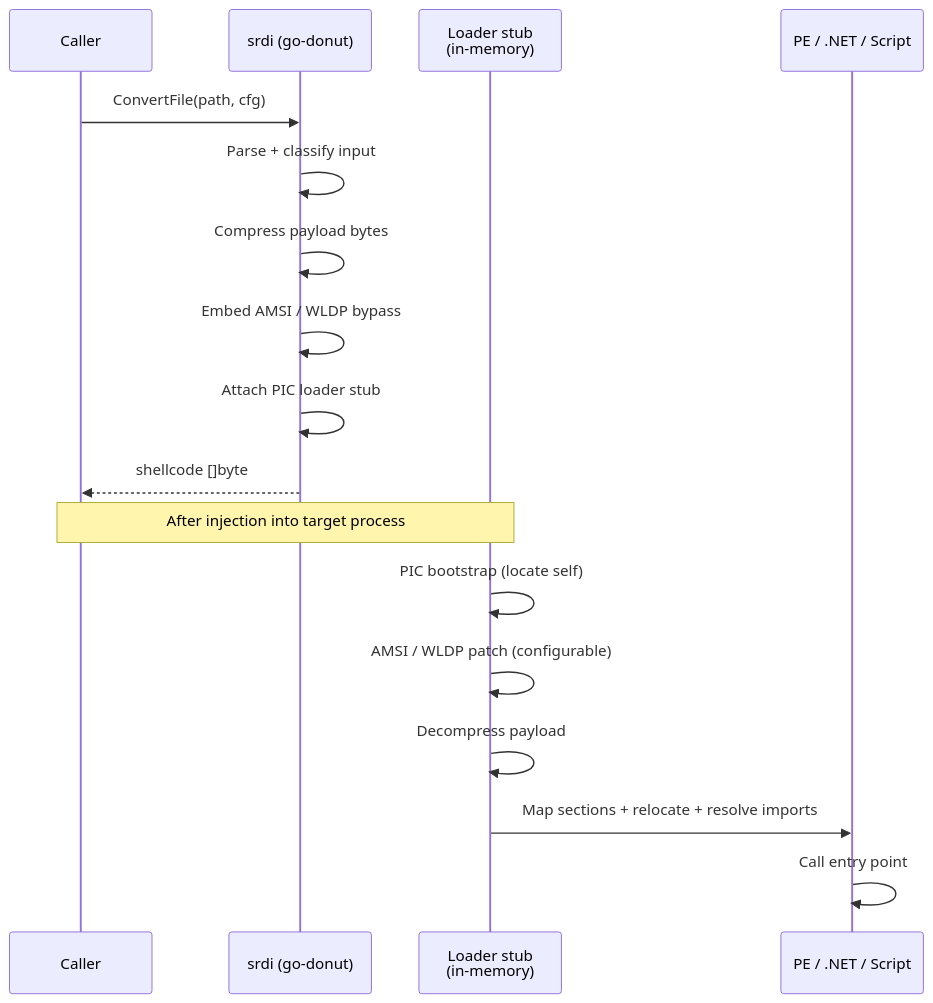
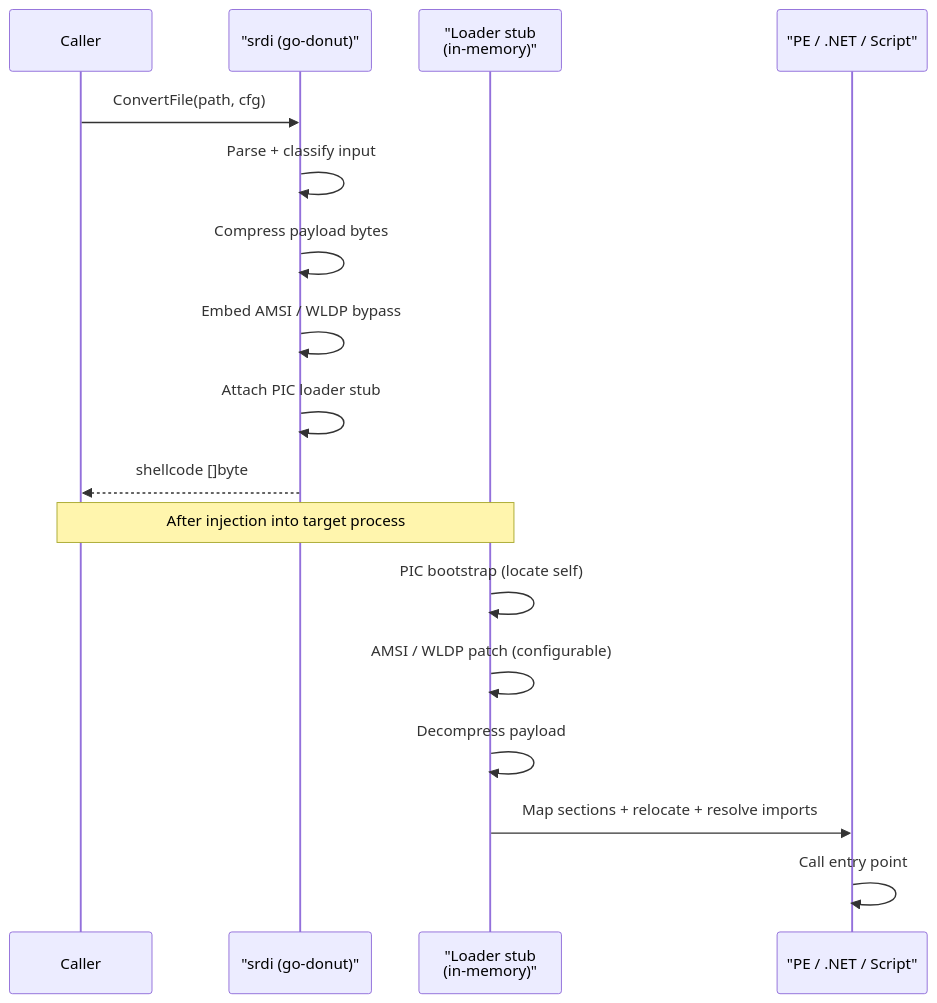
Before and after one commit to oioio-space/maldev: the diagram in docs/techniques/pe/pe-to-shellcode.md, drawn with Mermaid. The commit also changed 52 other files, not shown here.

First line of the commit message:
fix(docs): quote multi-word Mermaid participant aliases — 11.2.0 strict-mode sweep

````diff
--- a/docs/techniques/pe/pe-to-shellcode.md
+++ b/docs/techniques/pe/pe-to-shellcode.md
@@ -37,21 +37,21 @@
 ```mermaid
 sequenceDiagram
     participant Caller
-    participant Donut as srdi (go-donut)
-    participant Stub as Loader stub<br>(in-memory)
-    participant Payload as PE / .NET / Script
+    participant Donut as "srdi (go-donut)"
+    participant Stub as "Loader stub<br>(in-memory)"
+    participant Payload as "PE / .NET / Script"
 
     Caller->>Donut: ConvertFile(path, cfg)
     Donut->>Donut: Parse + classify input
     Donut->>Donut: Compress payload bytes
     Donut->>Donut: Embed AMSI / WLDP bypass
     Donut->>Donut: Attach PIC loader stub
     Donut-->>Caller: shellcode []byte
 
     Note over Caller,Stub: After injection into target process
     Stub->>Stub: PIC bootstrap (locate self)
     Stub->>Stub: AMSI / WLDP patch (configurable)
     Stub->>Stub: Decompress payload
     Stub->>Payload: Map sections + relocate + resolve imports
     Payload->>Payload: Call entry point
 ```
````
